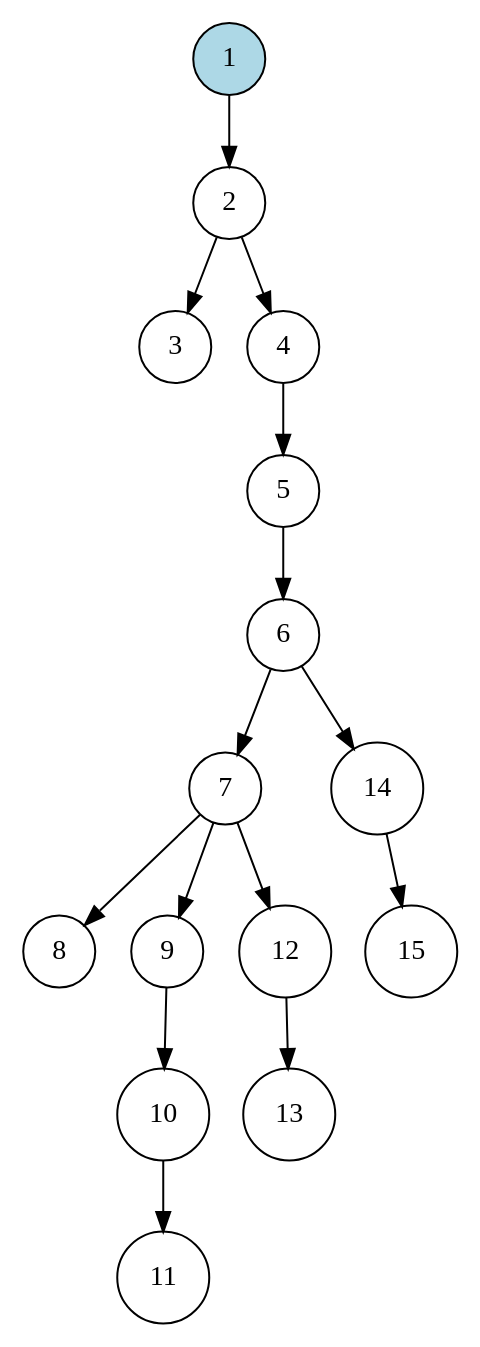
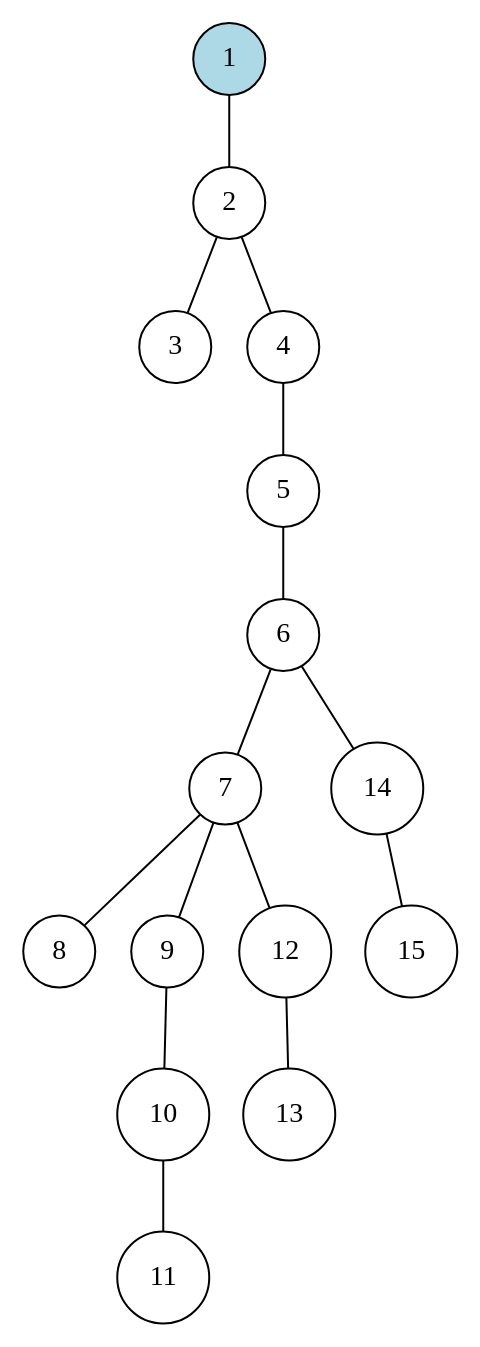
The diagram in results/dot/random-15.dot (goga-59/tree-reconstruction), drawn with Graphviz before and after one commit. The commit also changed 22 other files, not shown here.

```diff
--- a/results/dot/random-15.dot
+++ b/results/dot/random-15.dot
@@ -1,19 +1,18 @@
-digraph Tree {
-	graph [ordering=out];
+graph Tree {
 	node [shape=circle];
 	1 [style=filled, fillcolor=lightblue];
-	1 -> 2;
-	2 -> 3;
-	2 -> 4;
-	4 -> 5;
-	5 -> 6;
-	6 -> 7;
-	7 -> 8;
-	7 -> 9;
-	9 -> 10;
-	10 -> 11;
-	7 -> 12;
-	12 -> 13;
-	6 -> 14;
-	14 -> 15;
+	1 -- 2;
+	2 -- 3;
+	2 -- 4;
+	4 -- 5;
+	5 -- 6;
+	6 -- 7;
+	7 -- 8;
+	7 -- 9;
+	9 -- 10;
+	10 -- 11;
+	7 -- 12;
+	12 -- 13;
+	6 -- 14;
+	14 -- 15;
 }
```
